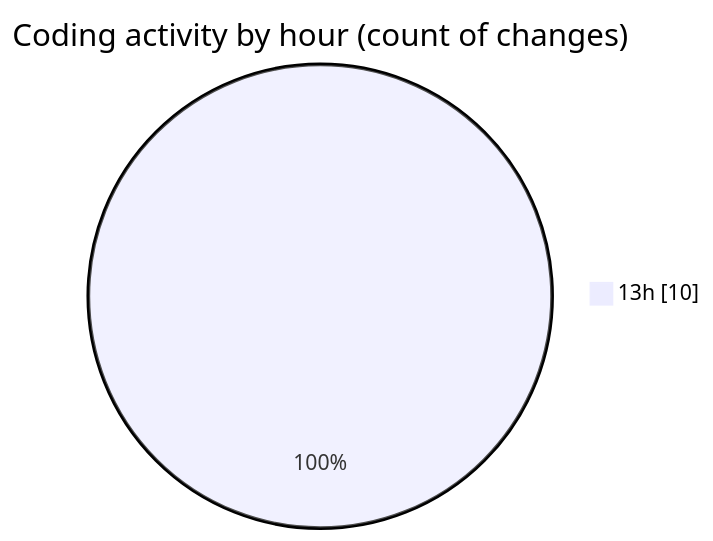
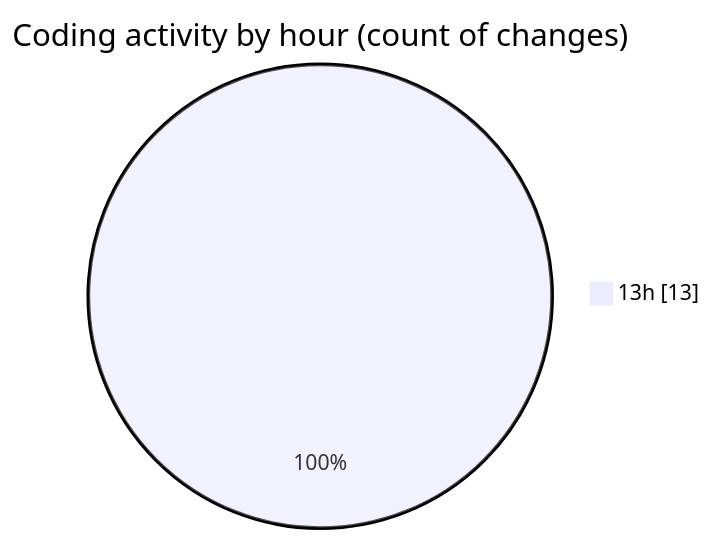
The second of 2 diagrams in 2025-03-17/web/README.md (LanceThiago/code-tracking), drawn with Mermaid before and after one commit. The commit also changed other lines of this file and 1 other file, not shown here.

````diff
--- a/2025-03-17/web/README.md
+++ b/2025-03-17/web/README.md
@@ -30,5 +31,5 @@
 ```mermaid
 pie showData
 title Coding activity by hour (count of changes)
-"13h" : 10
+"13h" : 13
 ```
````
